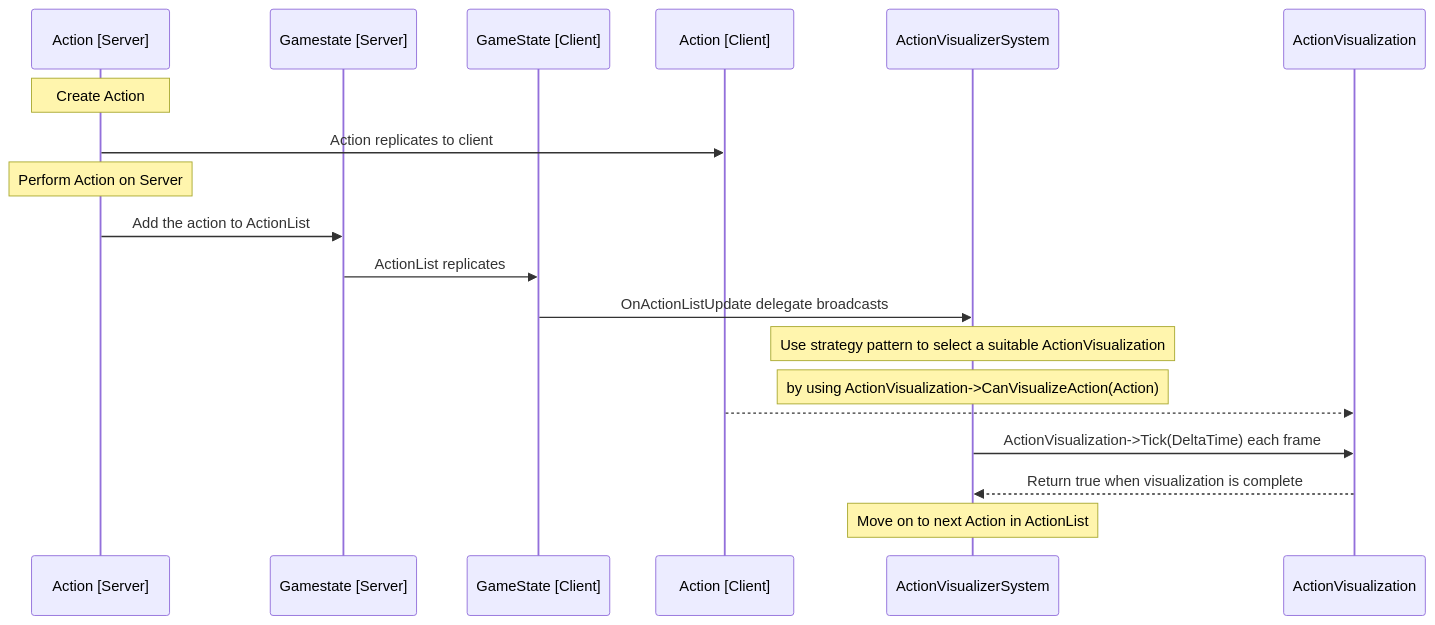
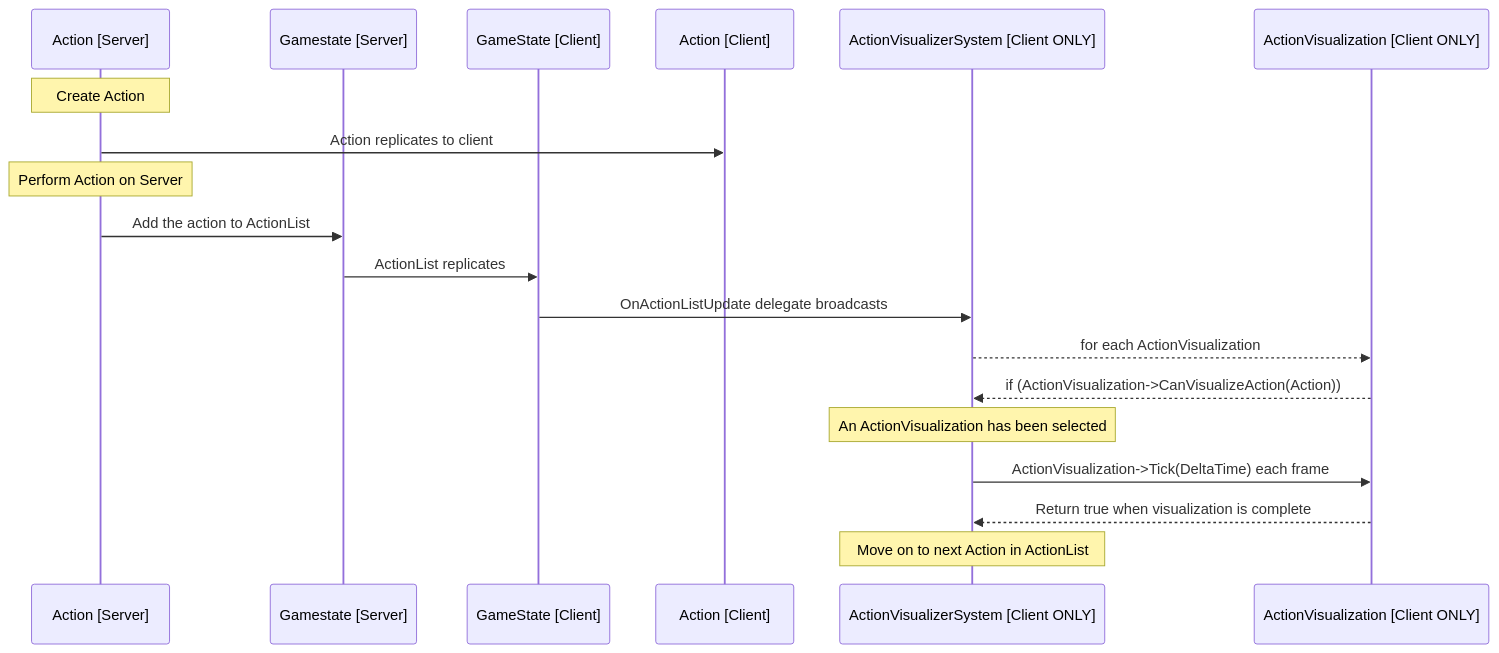
Before and after one commit to AntonHedlundFG/GraduationProject: the diagram in Docs/SequenceDiagrams/ActionVisualizer.md, drawn with Mermaid.

````diff
--- a/Docs/SequenceDiagrams/ActionVisualizer.md
+++ b/Docs/SequenceDiagrams/ActionVisualizer.md
@@ -1,23 +1,23 @@
 ```mermaid
 sequenceDiagram
 
 participant AS as Action [Server]
 participant GSS as Gamestate [Server]
 participant GSC as GameState [Client]
 participant AC as Action [Client]
-participant AVS as ActionVisualizerSystem
-participant AV as ActionVisualization
+participant AVS as ActionVisualizerSystem [Client ONLY]
+participant AV as ActionVisualization [Client ONLY]
 
 note over AS: Create Action
 AS->>AC: Action replicates to client
 note over AS: Perform Action on Server
 AS->>GSS: Add the action to ActionList
 GSS->>GSC: ActionList replicates
 GSC->>AVS: OnActionListUpdate delegate broadcasts
-note over AVS: Use strategy pattern to select a suitable ActionVisualization
-note over AVS: by using ActionVisualization->CanVisualizeAction(Action)
-AC-->>AV: 
+AVS-->>AV: for each ActionVisualization
+AV-->>AVS: if (ActionVisualization->CanVisualizeAction(Action))
+note over AVS: An ActionVisualization has been selected
 AVS->>AV: ActionVisualization->Tick(DeltaTime) each frame
 AV-->>AVS: Return true when visualization is complete
 note over AVS: Move on to next Action in ActionList
 ```
````
